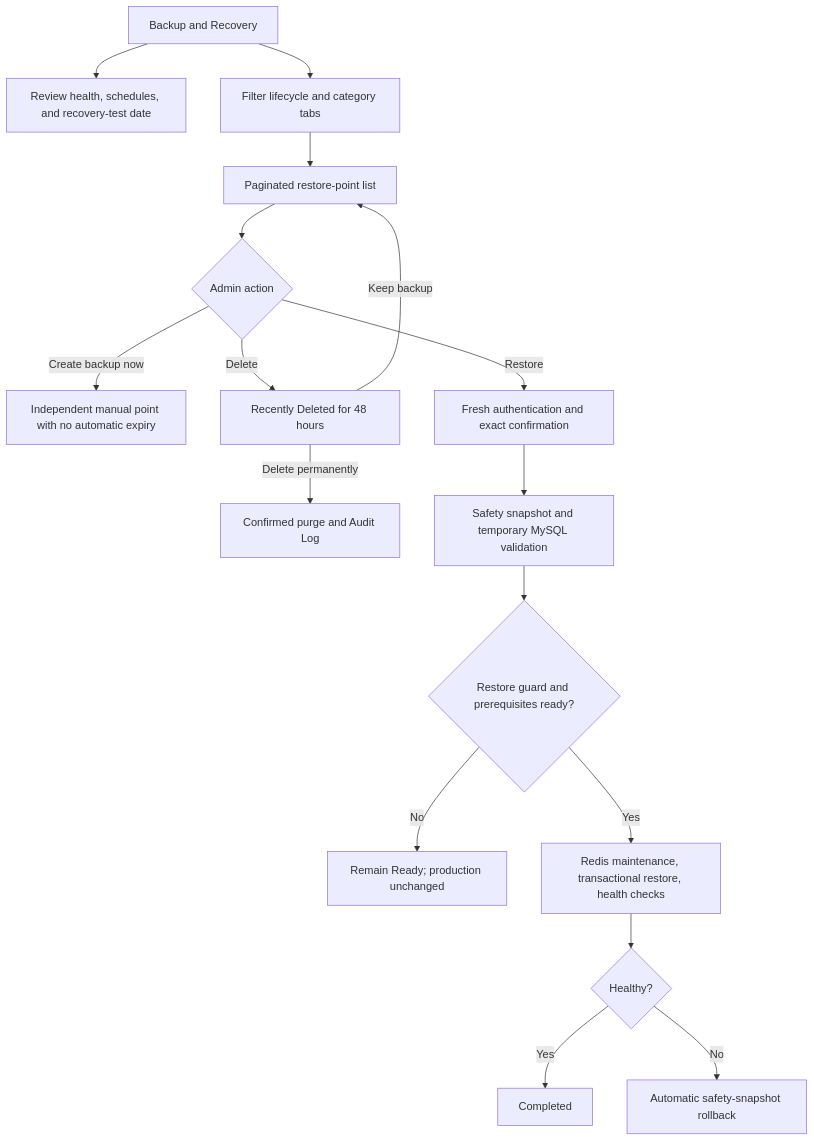
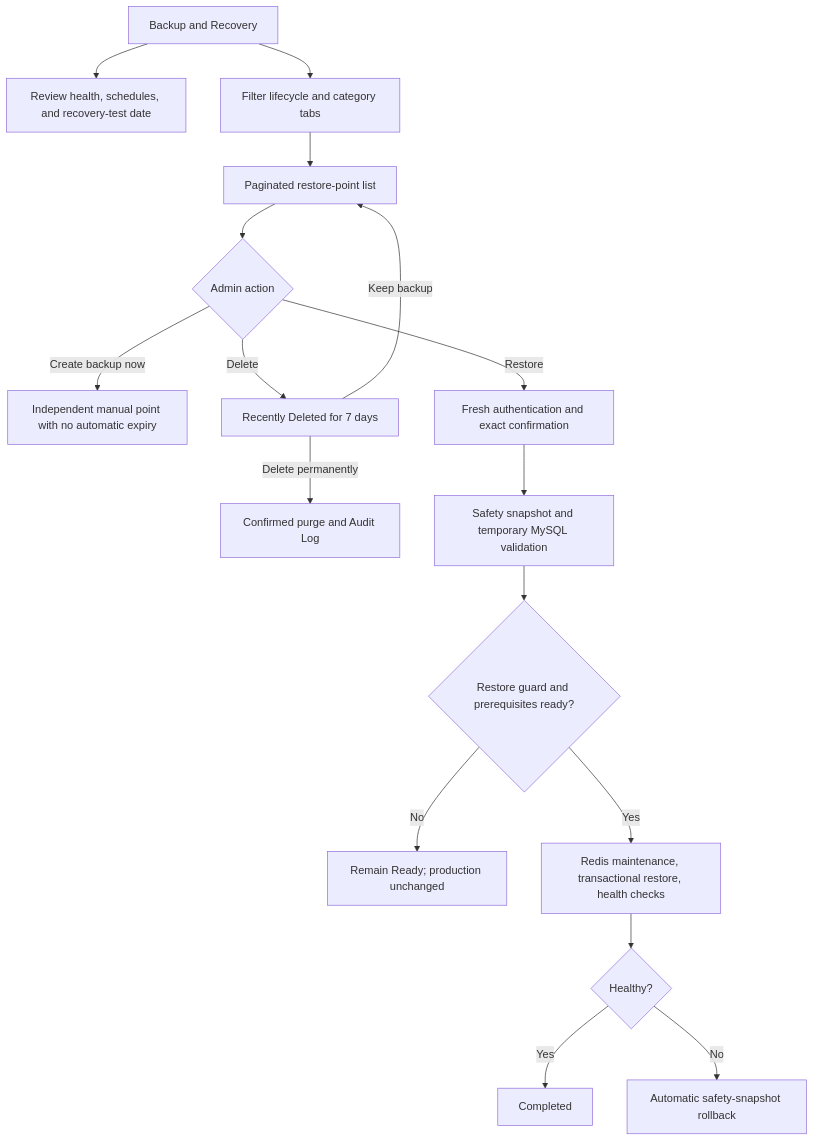
The sixth of 6 diagrams in docs/modules/Flowcharts/Admin Operations.md (ja2gc/Nutriscope), drawn with Mermaid before and after one commit. The commit also changed other lines of this file and 63 other files, not shown here.

````diff
--- a/docs/modules/Flowcharts/Admin Operations.md
+++ b/docs/modules/Flowcharts/Admin Operations.md
@@ -95,19 +93,19 @@
 ```mermaid
 flowchart TD
     A["Backup and Recovery"] --> B["Review health, schedules, and recovery-test date"]
     A --> C["Filter lifecycle and category tabs"]
     C --> D["Paginated restore-point list"]
     D --> E{"Admin action"}
     E -->|"Create backup now"| F["Independent manual point with no automatic expiry"]
-    E -->|"Delete"| G["Recently Deleted for 48 hours"]
+    E -->|"Delete"| G["Recently Deleted for 7 days"]
     G -->|"Keep backup"| D
     G -->|"Delete permanently"| H["Confirmed purge and Audit Log"]
     E -->|"Restore"| I["Fresh authentication and exact confirmation"]
     I --> J["Safety snapshot and temporary MySQL validation"]
     J --> K{"Restore guard and prerequisites ready?"}
     K -->|"No"| L["Remain Ready; production unchanged"]
     K -->|"Yes"| M["Redis maintenance, transactional restore, health checks"]
     M --> N{"Healthy?"}
     N -->|"Yes"| O["Completed"]
     N -->|"No"| P["Automatic safety-snapshot rollback"]
 ```
````
